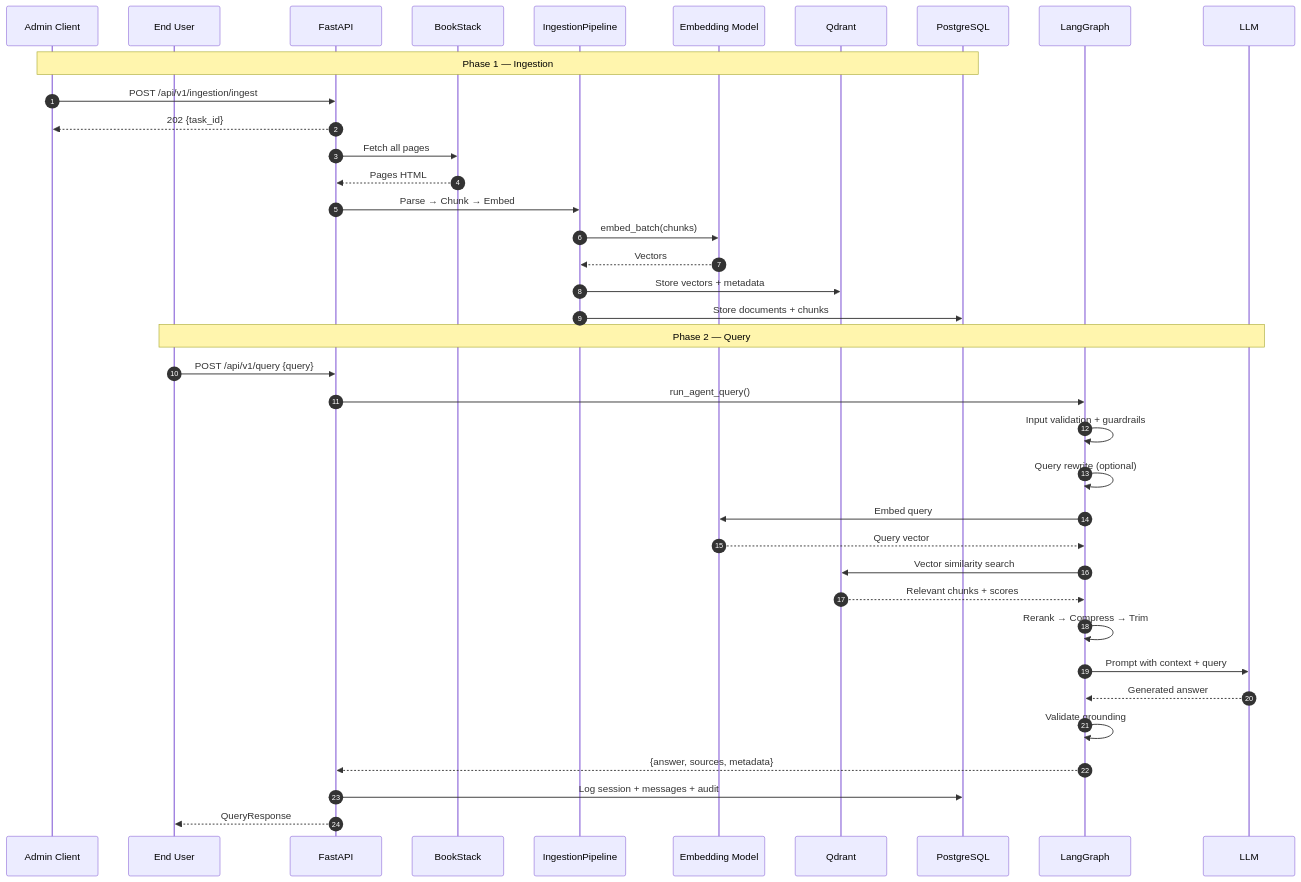
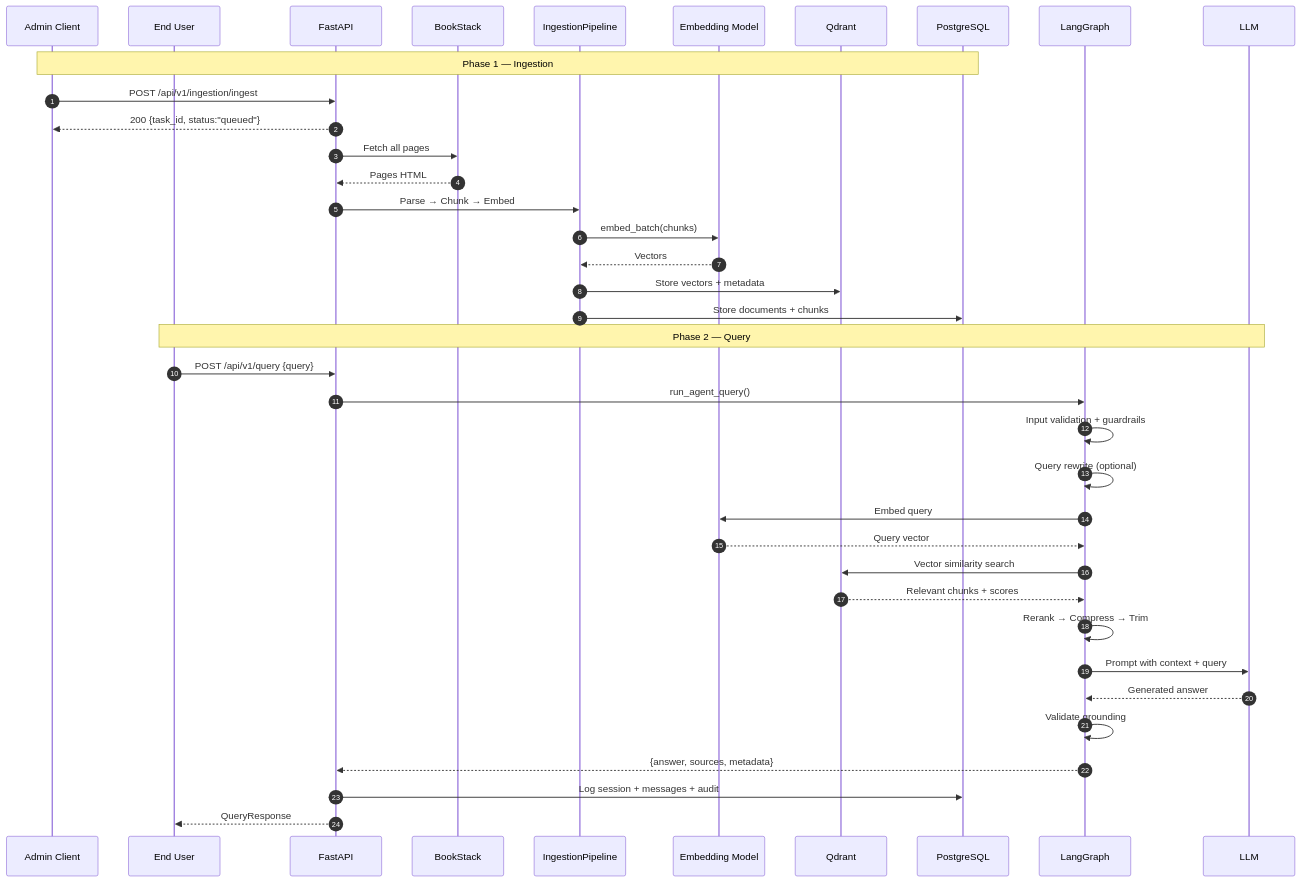
Before and after one commit to Jithendhar18/bookstack-rag-agent: the eighth of 10 diagrams in docs/architecture.md, drawn with Mermaid. The commit also changed other lines of this file and 14 other files, not shown here.

````diff
--- a/docs/architecture.md
+++ b/docs/architecture.md
@@ -486,42 +486,42 @@
 ```mermaid
 sequenceDiagram
     autonumber
     participant Admin as Admin Client
     participant User as End User
     participant API as FastAPI
     participant BS as BookStack
     participant Pipeline as IngestionPipeline
     participant EMB as Embedding Model
     participant QD as Qdrant
     participant PG as PostgreSQL
     participant LG as LangGraph
     participant LLM as LLM
 
     Note over Admin,PG: Phase 1 — Ingestion
     Admin->>API: POST /api/v1/ingestion/ingest
-    API-->>Admin: 202 {task_id}
+    API-->>Admin: 200 {task_id, status:"queued"}
     API->>BS: Fetch all pages
     BS-->>API: Pages HTML
     API->>Pipeline: Parse → Chunk → Embed
     Pipeline->>EMB: embed_batch(chunks)
     EMB-->>Pipeline: Vectors
     Pipeline->>QD: Store vectors + metadata
     Pipeline->>PG: Store documents + chunks
 
     Note over User,LLM: Phase 2 — Query
     User->>API: POST /api/v1/query {query}
     API->>LG: run_agent_query()
     LG->>LG: Input validation + guardrails
     LG->>LG: Query rewrite (optional)
     LG->>EMB: Embed query
     EMB-->>LG: Query vector
     LG->>QD: Vector similarity search
     QD-->>LG: Relevant chunks + scores
     LG->>LG: Rerank → Compress → Trim
     LG->>LLM: Prompt with context + query
     LLM-->>LG: Generated answer
     LG->>LG: Validate grounding
     LG-->>API: {answer, sources, metadata}
     API->>PG: Log session + messages + audit
     API-->>User: QueryResponse
 ```
````
